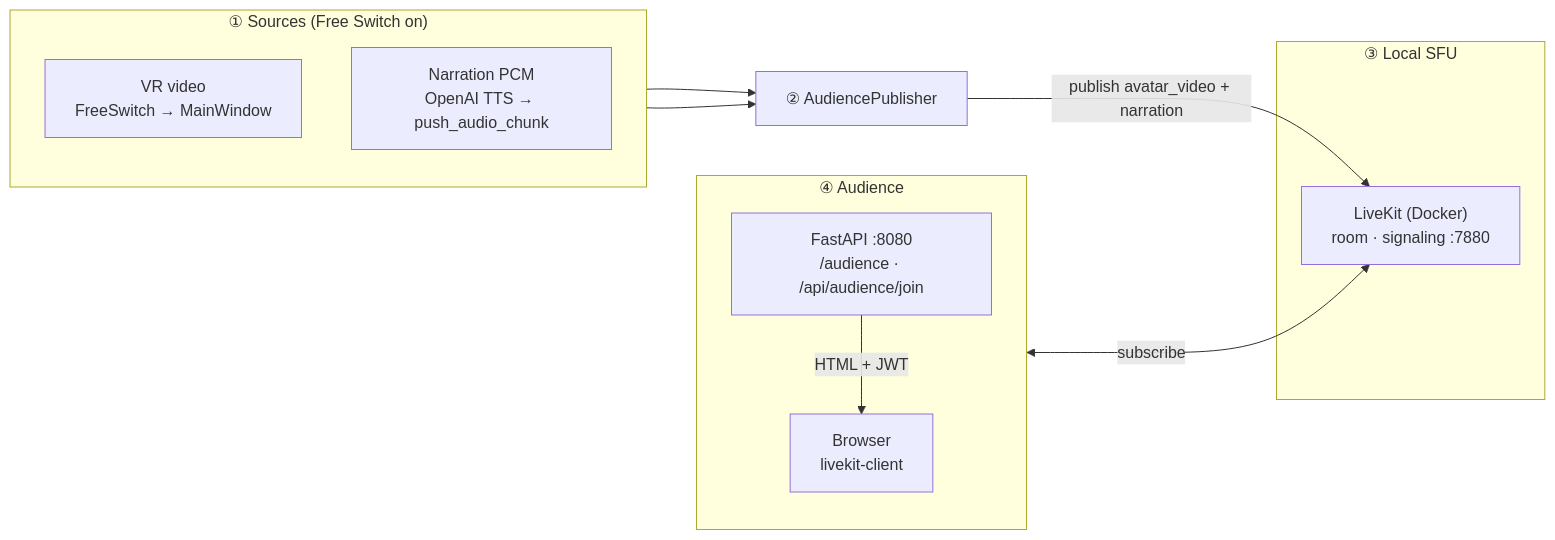
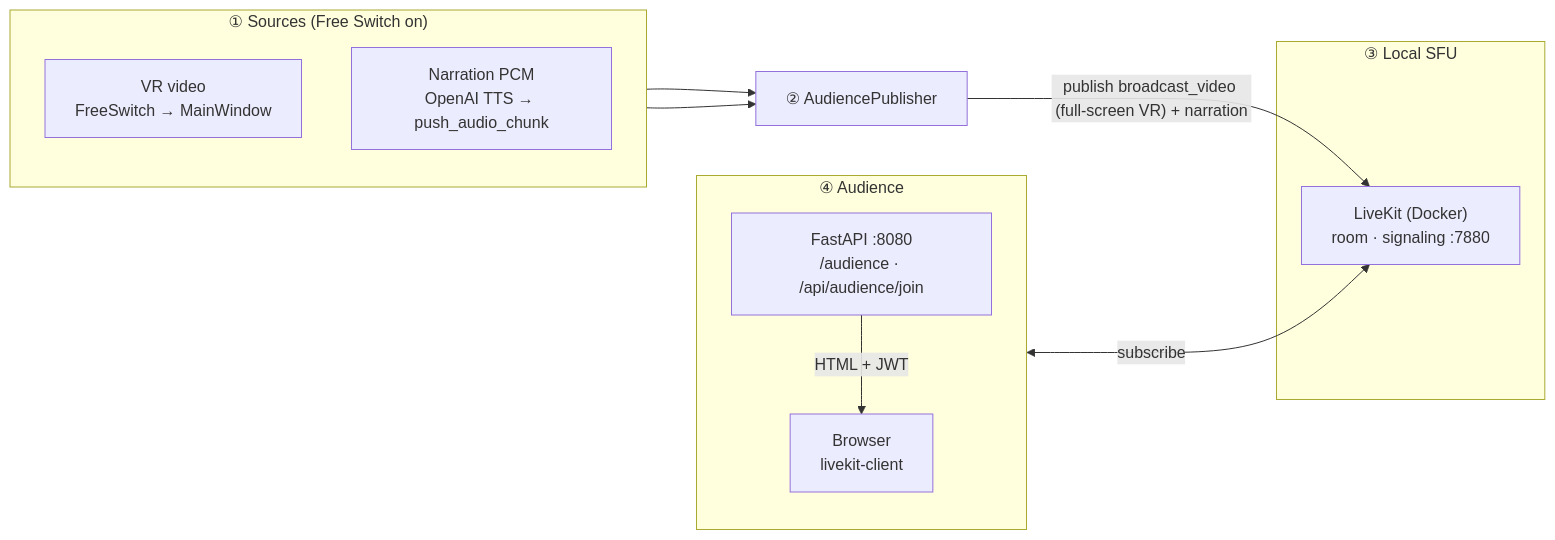
Before and after one commit to bolin35877766/miis_broadcast: the first of 3 diagrams in src/miis_broadcast/audience/README.md, drawn with Mermaid. The commit also changed other lines of this file and 3 other files, not shown here.

Commit message:
Rename audience video track to broadcast_video; clarify VR vs HeyGen in docs.

````diff
--- a/src/miis_broadcast/audience/README.md
+++ b/src/miis_broadcast/audience/README.md
@@ -43,26 +43,26 @@
 ```mermaid
 flowchart LR
   subgraph SRC["① Sources (Free Switch on)"]
     direction TB
     VR["VR video<br/>FreeSwitch → MainWindow"]
     PCM["Narration PCM<br/>OpenAI TTS → push_audio_chunk"]
   end
 
   PUB["② AudiencePublisher"]
 
   subgraph LOC["③ Local SFU"]
     LK["LiveKit (Docker)<br/>room · signaling :7880"]
   end
 
   subgraph AUD["④ Audience"]
     direction TB
     HTTP["FastAPI :8080<br/>/audience · /api/audience/join"]
     BR["Browser<br/>livekit-client"]
   end
 
   VR --> PUB
   PCM --> PUB
-  PUB -->|"publish avatar_video + narration"| LK
+  PUB -->|"publish broadcast_video (full-screen VR) + narration"| LK
   HTTP -->|"HTML + JWT"| BR
   BR <-->|"subscribe"| LK
 ```
````
